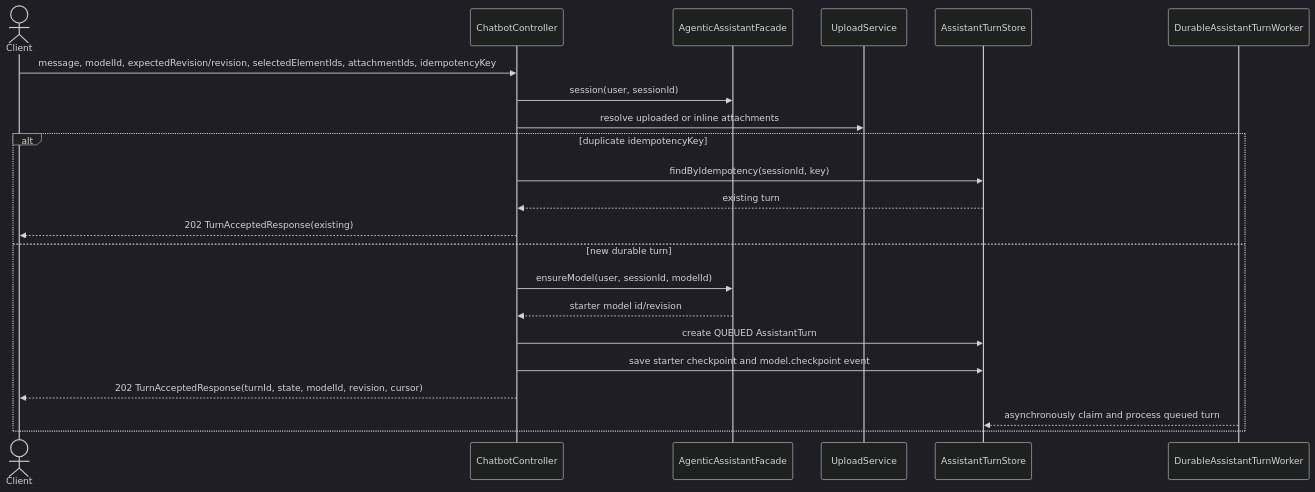
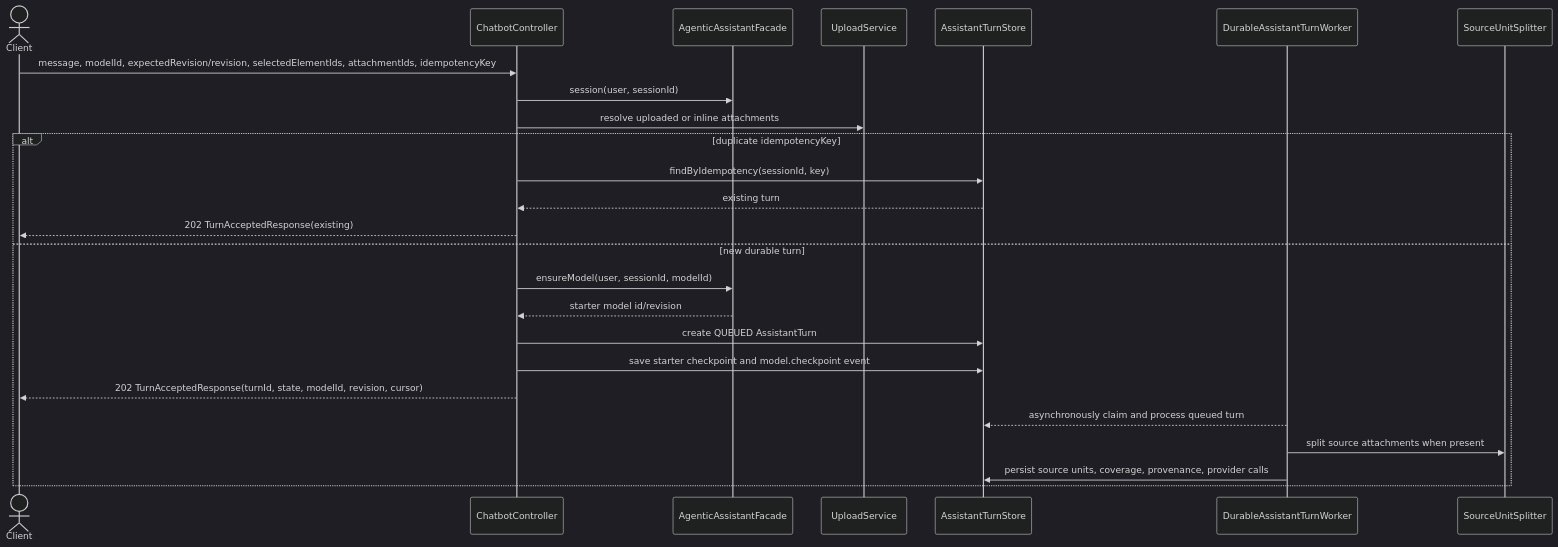
Before and after one commit to mehdieidi/modriss: the second of 5 diagrams in docs/diagrams/13-api-assistant-sequences.md, drawn with Mermaid (dark theme). The commit also changed other lines of this file and 44 other files, not shown here.

````diff
--- a/docs/diagrams/13-api-assistant-sequences.md
+++ b/docs/diagrams/13-api-assistant-sequences.md
@@ -23,25 +23,28 @@
 ```mermaid
 sequenceDiagram
     actor Client
     participant C as ChatbotController
     participant A as AgenticAssistantFacade
     participant U as UploadService
     participant T as AssistantTurnStore
     participant W as DurableAssistantTurnWorker
+    participant S as SourceUnitSplitter
 
     Client->>C: message, modelId, expectedRevision/revision, selectedElementIds, attachmentIds, idempotencyKey
     C->>A: session(user, sessionId)
     C->>U: resolve uploaded or inline attachments
     alt duplicate idempotencyKey
         C->>T: findByIdempotency(sessionId, key)
         T-->>C: existing turn
         C-->>Client: 202 TurnAcceptedResponse(existing)
     else new durable turn
         C->>A: ensureModel(user, sessionId, modelId)
         A-->>C: starter model id/revision
         C->>T: create QUEUED AssistantTurn
         C->>T: save starter checkpoint and model.checkpoint event
         C-->>Client: 202 TurnAcceptedResponse(turnId, state, modelId, revision, cursor)
         W-->>T: asynchronously claim and process queued turn
+        W->>S: split source attachments when present
+        W->>T: persist source units, coverage, provenance, provider calls
     end
 ```
````
